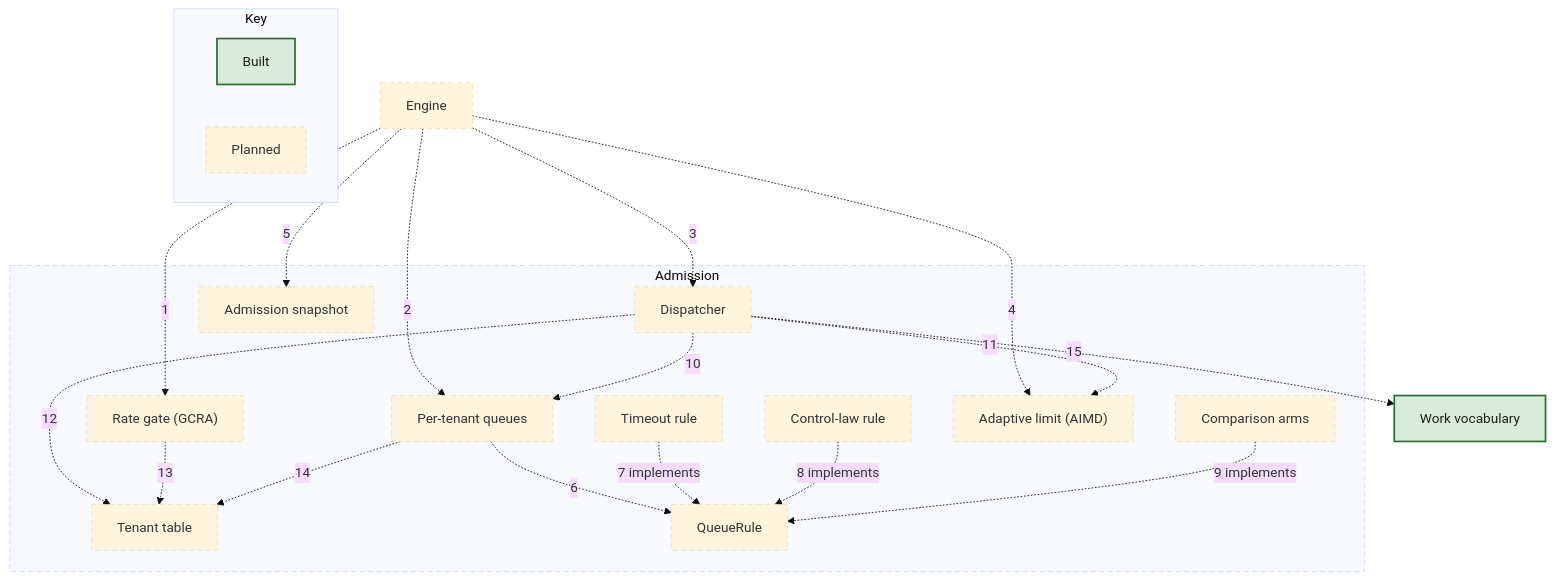
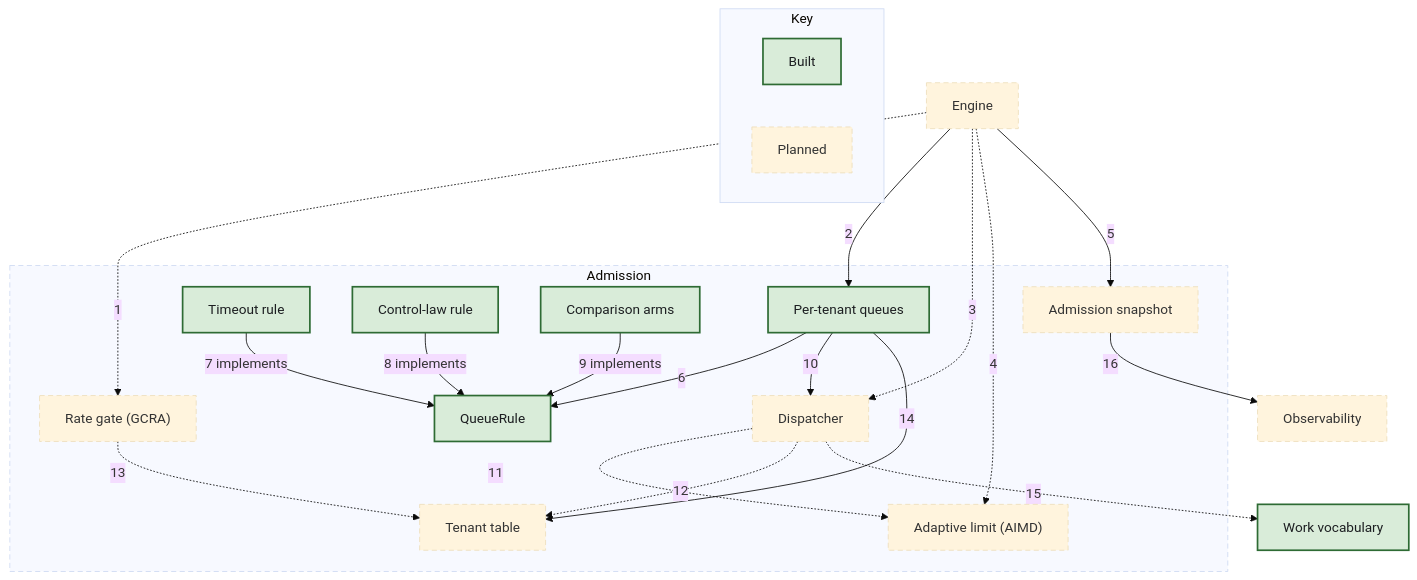
The diagram in docs/c4/diagrams/07-component-admission.mmd (nickstrad/mini-gateway), drawn with Mermaid (base theme) before and after one commit. The commit also changed 18 other files, not shown here.

First line of the commit message:
c4: mark chunk 8's admission queues built and draw their wiring

```diff
--- a/docs/c4/diagrams/07-component-admission.mmd
+++ b/docs/c4/diagrams/07-component-admission.mmd
@@ -1,37 +1,39 @@
 flowchart TB
   N_ENGINE["Engine"]:::planned
   N_WORK["Work vocabulary"]:::built
+  N_OBS["Observability"]:::planned
   subgraph SCOPE["Admission"]
     A_GATE["Rate gate (GCRA)"]:::planned
     A_TENANTS["Tenant table"]:::planned
-    A_QUEUES["Per-tenant queues"]:::planned
-    A_RULE["QueueRule"]:::planned
-    A_RULE_TIMEOUT["Timeout rule"]:::planned
-    A_RULE_LAW["Control-law rule"]:::planned
-    A_ARMS["Comparison arms"]:::planned
+    A_QUEUES["Per-tenant queues"]:::built
+    A_RULE["QueueRule"]:::built
+    A_RULE_TIMEOUT["Timeout rule"]:::built
+    A_RULE_LAW["Control-law rule"]:::built
+    A_ARMS["Comparison arms"]:::built
     A_DISPATCH["Dispatcher"]:::planned
     A_LIMIT["Adaptive limit (AIMD)"]:::planned
     A_SNAP["Admission snapshot"]:::planned
   end
   N_ENGINE -.->|1| A_GATE
-  N_ENGINE -.->|2| A_QUEUES
+  N_ENGINE -->|2| A_QUEUES
   N_ENGINE -.->|3| A_DISPATCH
   N_ENGINE -.->|4| A_LIMIT
-  N_ENGINE -.->|5| A_SNAP
-  A_QUEUES -.->|6| A_RULE
-  A_RULE_TIMEOUT -.->|7 implements| A_RULE
-  A_RULE_LAW -.->|8 implements| A_RULE
-  A_ARMS -.->|9 implements| A_RULE
-  A_DISPATCH -.->|10| A_QUEUES
+  N_ENGINE -->|5| A_SNAP
+  A_QUEUES -->|6| A_RULE
+  A_RULE_TIMEOUT -->|7 implements| A_RULE
+  A_RULE_LAW -->|8 implements| A_RULE
+  A_ARMS -->|9 implements| A_RULE
+  A_QUEUES -->|10| A_DISPATCH
   A_DISPATCH -.->|11| A_LIMIT
   A_DISPATCH -.->|12| A_TENANTS
   A_GATE -.->|13| A_TENANTS
-  A_QUEUES -.->|14| A_TENANTS
+  A_QUEUES -->|14| A_TENANTS
   A_DISPATCH -.->|15| N_WORK
+  A_SNAP -->|16| N_OBS
   subgraph KEY["Key"]
     KEY_BUILT["Built"]:::built
     KEY_PLANNED["Planned"]:::planned
   end
   classDef built fill:#d9ecd9,stroke:#2e6b34,stroke-width:2px,color:#1c1e21
   classDef planned stroke-width:1px,stroke-dasharray:6 4
   style SCOPE stroke-dasharray:6 4
```
